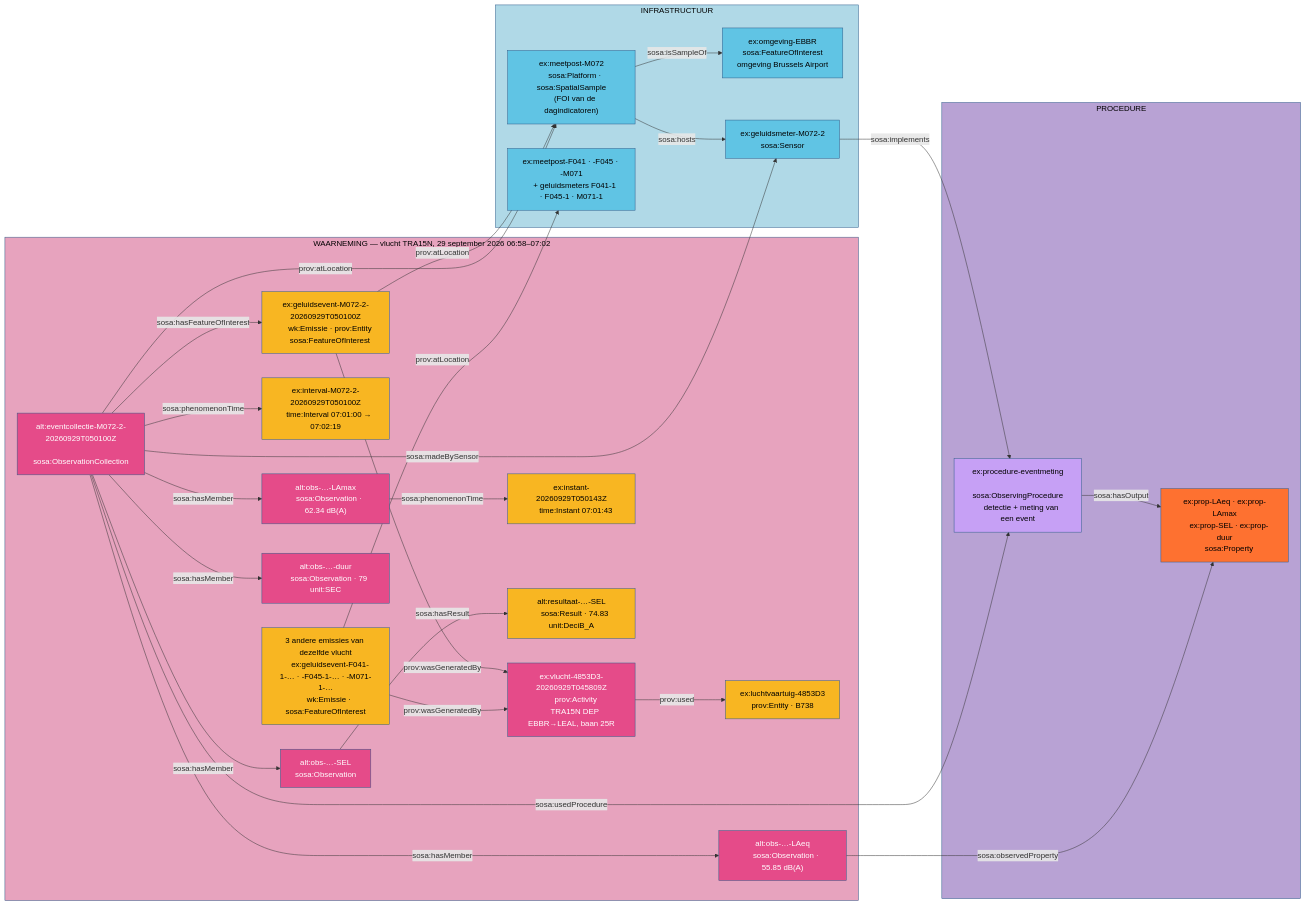
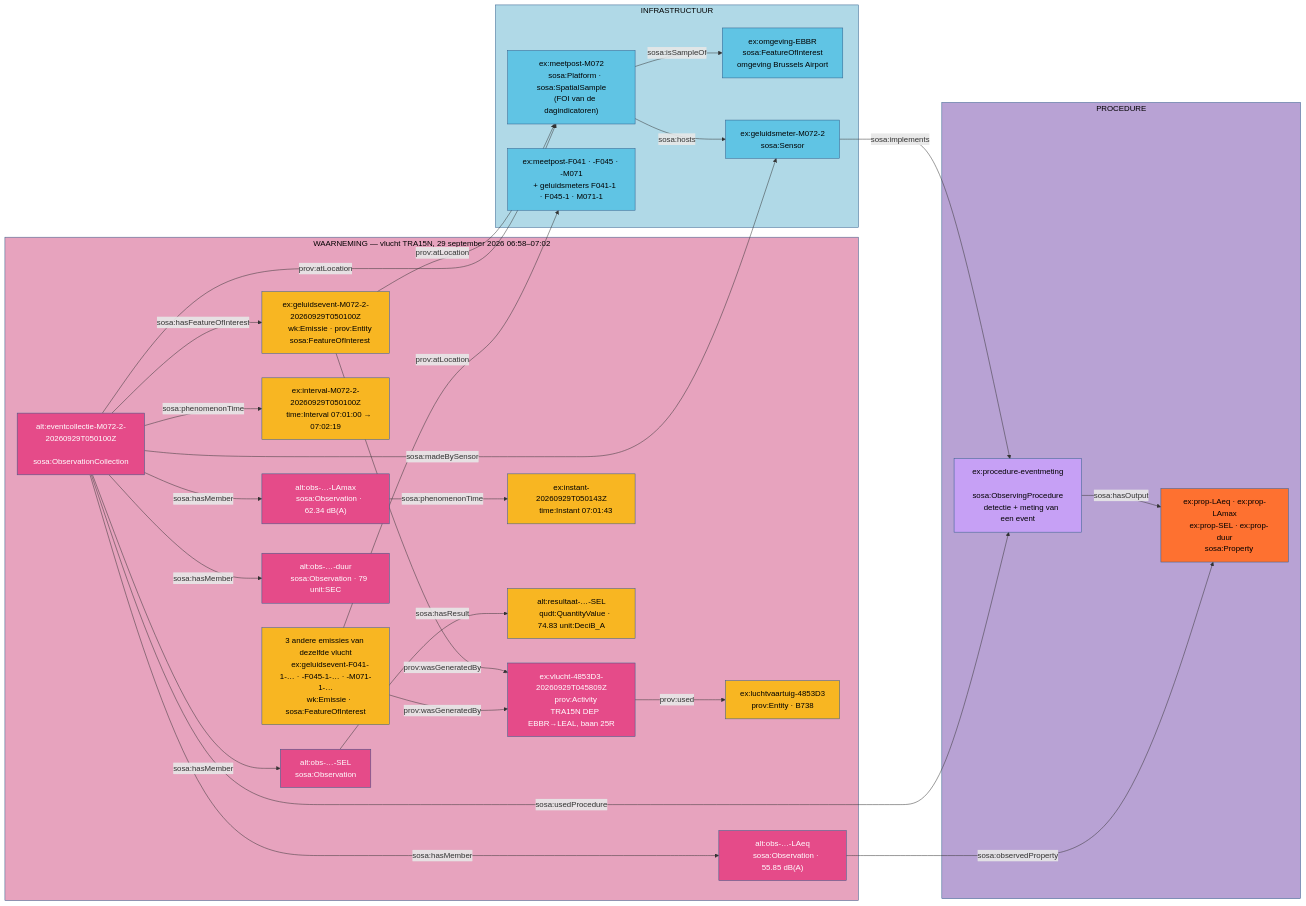
Before and after one commit to Informatievlaanderen/OSLOthema-SSNSOSA-VL: the diagram in src/main/input/geluidsmeetnet/alternatief/geluidsmeetnet_emissie.mmd, drawn with Mermaid. The commit also changed 66 other files, not shown here.

First line of the commit message:
Results as qudt:QuantityValue; CSOR units as qudt:Unit; VHA literals; ld-mcp 0.4

```diff
--- a/src/main/input/geluidsmeetnet/alternatief/geluidsmeetnet_emissie.mmd
+++ b/src/main/input/geluidsmeetnet/alternatief/geluidsmeetnet_emissie.mmd
@@ -1,110 +1,110 @@
 flowchart LR
 
 subgraph PROC["PROCEDURE"]
     P1["ex:procedure-eventmeting
     sosa:ObservingProcedure
     detectie + meting van een event"]
     PEV["ex:prop-LAeq · ex:prop-LAmax
     ex:prop-SEL · ex:prop-duur
     sosa:Property"]
 end
 
 subgraph INFRA["INFRASTRUCTUUR"]
     I3["ex:omgeving-EBBR
     sosa:FeatureOfInterest
     omgeving Brussels Airport"]
     I1["ex:meetpost-M072
     sosa:Platform · sosa:SpatialSample
     (FOI van de dagindicatoren)"]
     I2["ex:geluidsmeter-M072-2
     sosa:Sensor"]
     I7["ex:meetpost-F041 · -F045 · -M071
     + geluidsmeters F041-1 · F045-1 · M071-1"]
 end
 
 subgraph WAAR["WAARNEMING — vlucht TRA15N, 29 september 2026 06:58–07:02"]
     VL["ex:vlucht-4853D3-20260929T045809Z
     prov:Activity
     TRA15N DEP EBBR→LEAL, baan 25R"]
     LV["ex:luchtvaartuig-4853D3
     prov:Entity · B738"]
     EM["ex:geluidsevent-M072-2-20260929T050100Z
     wk:Emissie · prov:Entity
     sosa:FeatureOfInterest"]
     EMO["3 andere emissies van dezelfde vlucht
     ex:geluidsevent-F041-1-… · -F045-1-… · -M071-1-…
     wk:Emissie · sosa:FeatureOfInterest"]
 
     EC["alt:eventcollectie-M072-2-20260929T050100Z
     sosa:ObservationCollection"]
     TI["ex:interval-M072-2-20260929T050100Z
     time:Interval 07:01:00 → 07:02:19"]
     TM["ex:instant-20260929T050143Z
     time:Instant 07:01:43"]
     O1["alt:obs-…-LAeq
     sosa:Observation · 55.85 dB(A)"]
     O2["alt:obs-…-LAmax
     sosa:Observation · 62.34 dB(A)"]
     O3["alt:obs-…-SEL
     sosa:Observation"]
     R3["alt:resultaat-…-SEL
-    sosa:Result · 74.83 unit:DeciB_A"]
+    qudt:QuantityValue · 74.83 unit:DeciB_A"]
     O4["alt:obs-…-duur
     sosa:Observation · 79 unit:SEC"]
 end
 
 %% stijlen subgrafen
 style PROC  fill:#b8a2d4,stroke:#2E5C8A,color:#000
 style INFRA fill:#b0d9e7,stroke:#2E5C8A,color:#000
 style WAAR  fill:#e7a3be,stroke:#2E5C8A,color:#000
 
 %% stijlen nodes PROCEDURE
 style P1  fill:#c6a0f5,stroke:#2E5C8A,color:#000
 style PEV fill:#fe7130,stroke:#2E5C8A,color:#000
 
 %% stijlen nodes INFRASTRUCTUUR
 style I1 fill:#60c4e4,stroke:#2E5C8A,color:#000
 style I2 fill:#60c4e4,stroke:#2E5C8A,color:#000
 style I3 fill:#60c4e4,stroke:#2E5C8A,color:#000
 style I7 fill:#60c4e4,stroke:#2E5C8A,color:#000
 
 %% stijlen nodes WAARNEMING
 style VL  fill:#e54b89,stroke:#2E5C8A,color:#fff
 style LV  fill:#f8b622,stroke:#2E5C8A,color:#000
 style EM  fill:#f8b622,stroke:#2E5C8A,color:#000
 style EMO fill:#f8b622,stroke:#2E5C8A,color:#000
 style EC  fill:#e54b89,stroke:#2E5C8A,color:#fff
 style TI  fill:#f8b622,stroke:#2E5C8A,color:#000
 style TM  fill:#f8b622,stroke:#2E5C8A,color:#000
 style O1  fill:#e54b89,stroke:#2E5C8A,color:#fff
 style O2  fill:#e54b89,stroke:#2E5C8A,color:#fff
 style O3  fill:#e54b89,stroke:#2E5C8A,color:#fff
 style R3  fill:#f8b622,stroke:#2E5C8A,color:#000
 style O4  fill:#e54b89,stroke:#2E5C8A,color:#fff
 
 %% relaties — infrastructuur
 I1 -->|sosa:isSampleOf| I3
 I1 -->|sosa:hosts| I2
 I2 -->|sosa:implements| P1
 P1 -->|sosa:hasOutput| PEV
 
 %% relaties — bron: de vlucht genereert de emissies
 VL -->|prov:used| LV
 EM -->|prov:wasGeneratedBy| VL
 EMO -->|prov:wasGeneratedBy| VL
 EM -->|prov:atLocation| I1
 EMO -->|prov:atLocation| I7
 
 %% relaties — eventcollectie: de emissie is het FOI
 EC -->|sosa:hasFeatureOfInterest| EM
 EC -->|prov:atLocation| I1
 EC -->|sosa:madeBySensor| I2
 EC -->|sosa:usedProcedure| P1
 EC -->|sosa:phenomenonTime| TI
 EC -->|sosa:hasMember| O1
 EC -->|sosa:hasMember| O2
 EC -->|sosa:hasMember| O3
 EC -->|sosa:hasMember| O4
 O1 -->|sosa:observedProperty| PEV
 O2 -->|sosa:phenomenonTime| TM
 O3 -->|sosa:hasResult| R3
```
